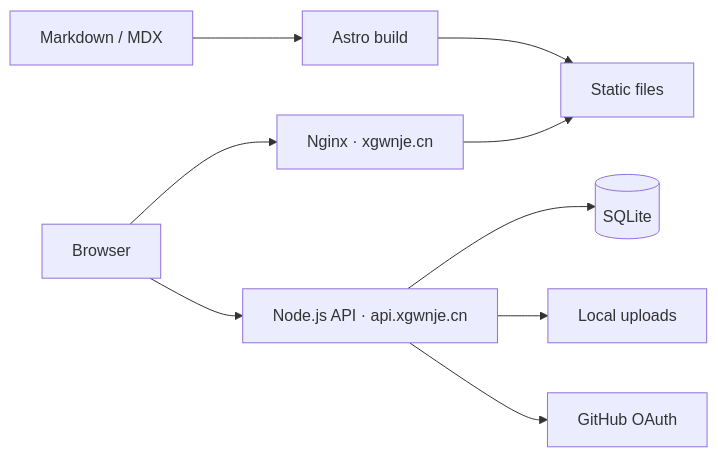
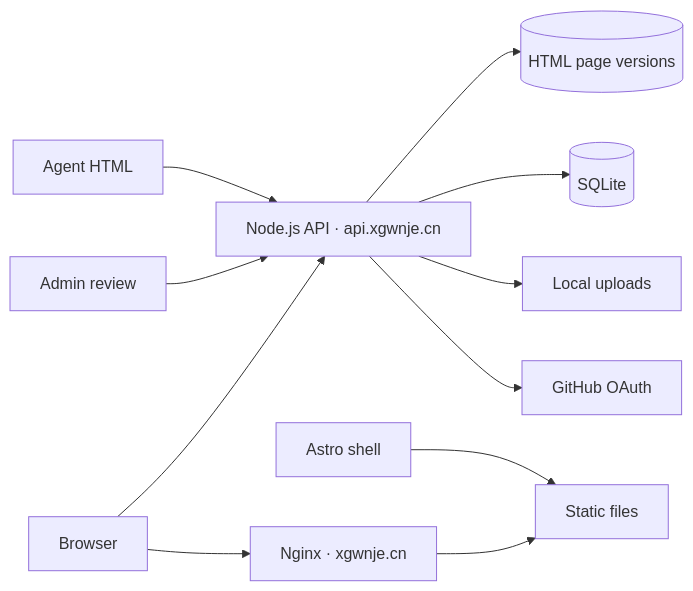
One commit to XGWNJE/HomePage changed the diagram in README.md. Above: the diagram before and after it, drawn with Mermaid. The commit also changed other lines of this file and 25 other files, not shown here.

````diff
--- a/README.md
+++ b/README.md
@@ -30,11 +30,13 @@
 ```mermaid
 flowchart LR
-  Author["Markdown / MDX"] --> Build["Astro build"]
-  Build --> Static["Static files"]
+  Agent["Agent HTML"] --> API
+  Admin["Admin review"] --> API
+  API --> Pages[("HTML page versions")]
+  Build["Astro shell"] --> Static["Static files"]
   Reader["Browser"] --> Web["Nginx · xgwnje.cn"]
   Web --> Static
   Reader --> API["Node.js API · api.xgwnje.cn"]
   API --> DB[("SQLite")]
   API --> Uploads["Local uploads"]
   API --> OAuth["GitHub OAuth"]
 ```
````
